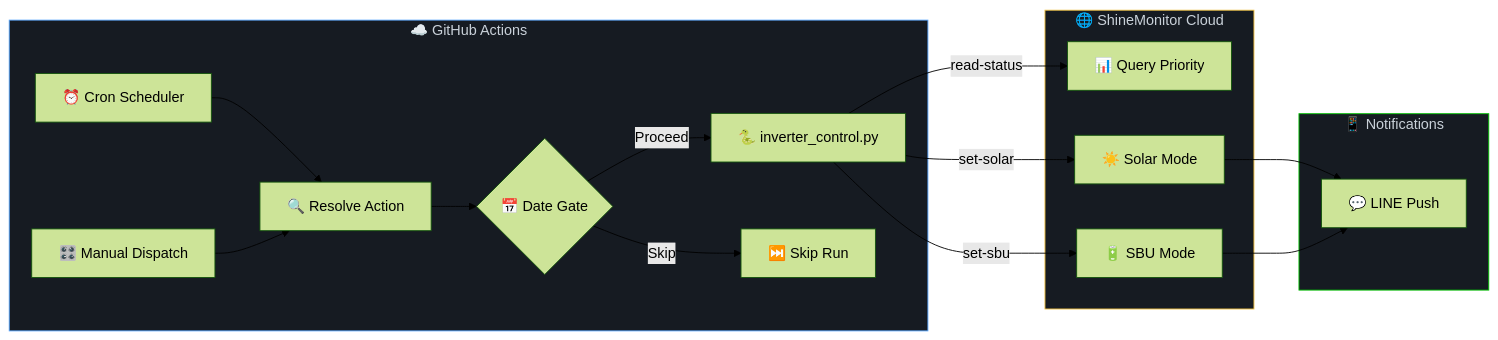
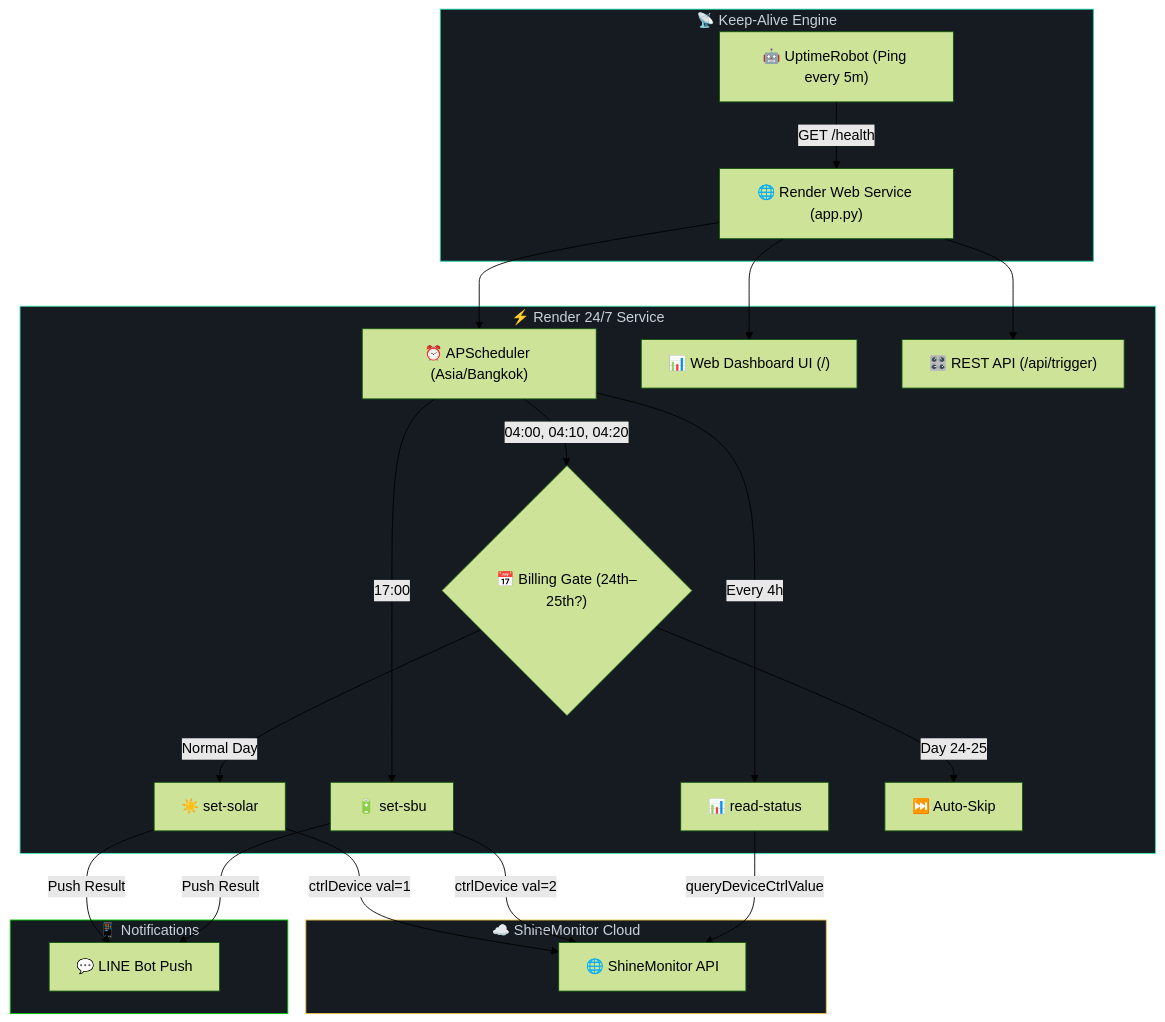
The diagram in README.md (impet14/inverter-automator), drawn with Mermaid (forest theme) before and after one commit. The commit also changed other lines of this file and 7 other files, not shown here.

Commit message:
feat: migrate from GitHub Actions cron to Render 24/7 Web Service with UptimeRobot keep-alive

````diff
--- a/README.md
+++ b/README.md
@@ -65,25 +54,35 @@
 ```mermaid
-flowchart LR
-    subgraph GitHub["☁️ GitHub Actions"]
-        CRON["⏰ Cron Scheduler"] --> RESOLVE["🔍 Resolve Action"]
-        MANUAL["🎛️ Manual Dispatch"] --> RESOLVE
-        RESOLVE --> GATE{"📅 Date Gate"}
-        GATE -->|Proceed| SCRIPT["🐍 inverter_control.py"]
-        GATE -->|Skip| SKIP["⏭️ Skip Run"]
+flowchart TD
+    subgraph KeepAlive["📡 Keep-Alive Engine"]
+        UR["🤖 UptimeRobot (Ping every 5m)"] -->|GET /health| APP["🌐 Render Web Service (app.py)"]
     end
 
-    subgraph API["🌐 ShineMonitor Cloud"]
-        SCRIPT -->|"read-status"| READ["📊 Query Priority"]
-        SCRIPT -->|"set-solar"| SOLAR["☀️ Solar Mode"]
-        SCRIPT -->|"set-sbu"| SBU["🔋 SBU Mode"]
+    subgraph Service["⚡ Render 24/7 Service"]
+        APP --> SCHED["⏰ APScheduler (Asia/Bangkok)"]
+        APP --> DASH["📊 Web Dashboard UI (/)"]
+        APP --> REST["🎛️ REST API (/api/trigger)"]
+        
+        SCHED -->|04:00, 04:10, 04:20| GATE{"📅 Billing Gate (24th–25th?)"}
+        SCHED -->|17:00| SBU["🔋 set-sbu"]
+        SCHED -->|Every 4h| STATUS["📊 read-status"]
+        
+        GATE -->|Normal Day| SOLAR["☀️ set-solar"]
+        GATE -->|Day 24-25| SKIP["⏭️ Auto-Skip"]
     end
 
-    subgraph Notify["📱 Notifications"]
-        SOLAR --> LINE["💬 LINE Push"]
-        SBU --> LINE
+    subgraph ShineMonitor["☁️ ShineMonitor Cloud"]
+        SOLAR -->|ctrlDevice val=1| API["🌐 ShineMonitor API"]
+        SBU -->|ctrlDevice val=2| API
+        STATUS -->|queryDeviceCtrlValue| API
     end
 
-    style GitHub fill:#161b22,stroke:#58a6ff,color:#c9d1d9
-    style API fill:#161b22,stroke:#f0c040,color:#c9d1d9
-    style Notify fill:#161b22,stroke:#00C300,color:#c9d1d9
+    subgraph Alerts["📱 Notifications"]
+        SOLAR -->|Push Result| LINE["💬 LINE Bot Push"]
+        SBU -->|Push Result| LINE
+    end
+
+    style KeepAlive fill:#161b22,stroke:#1ad1a5,color:#c9d1d9
+    style Service fill:#161b22,stroke:#46E3B7,color:#c9d1d9
+    style ShineMonitor fill:#161b22,stroke:#f0c040,color:#c9d1d9
+    style Alerts fill:#161b22,stroke:#00C300,color:#c9d1d9
 ```
````
